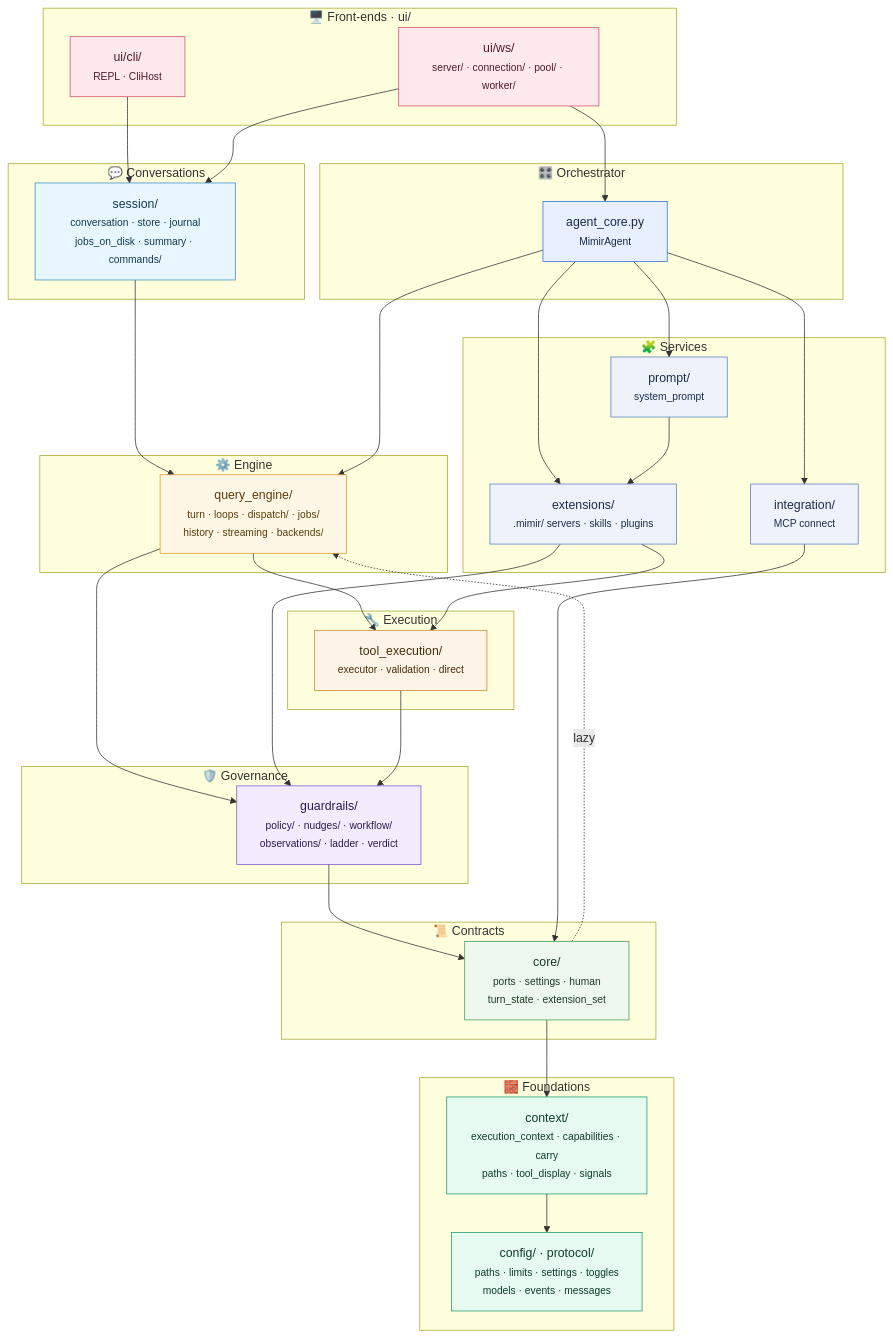
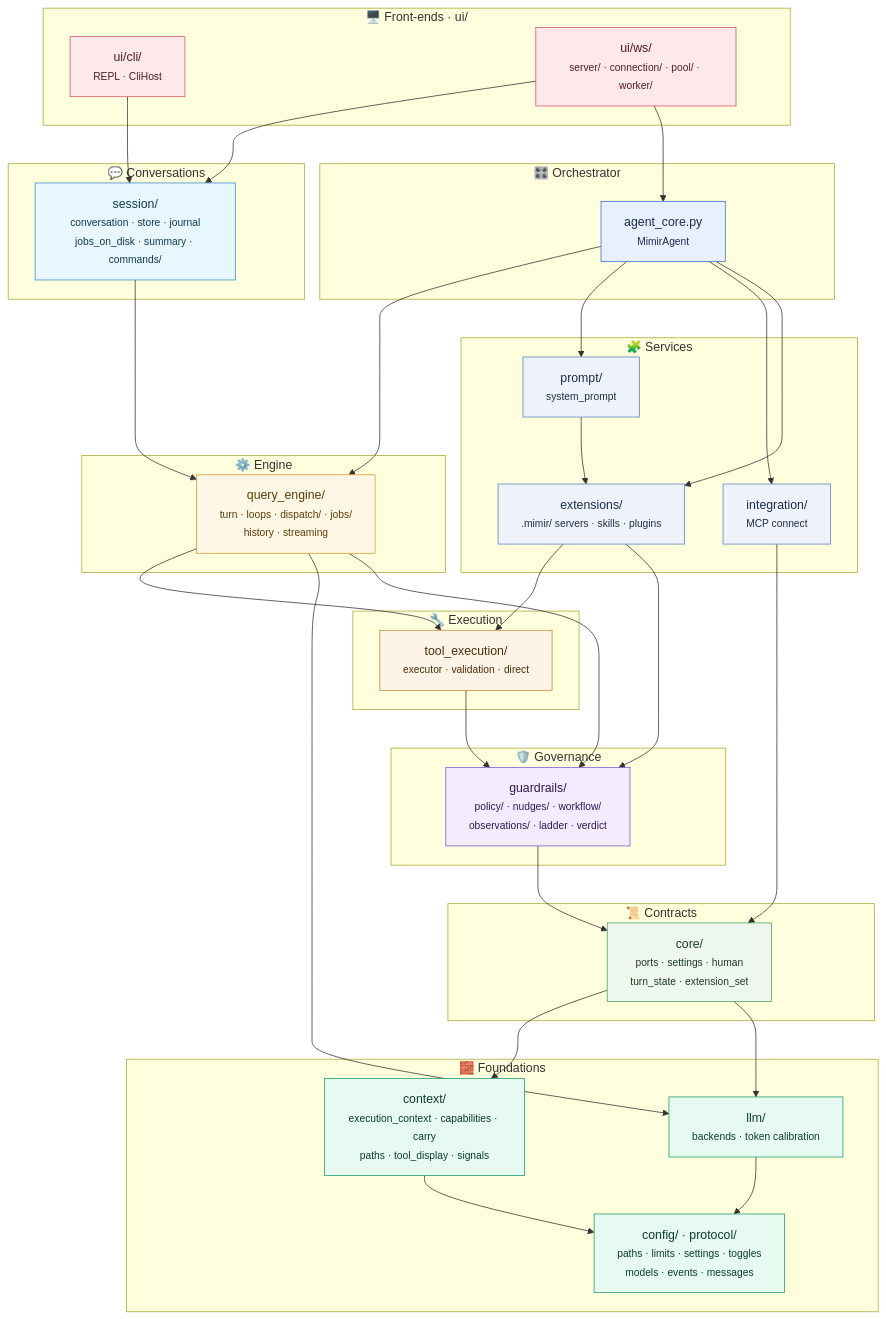
The diagram in ARCHITECTURE.md (MIMIR-LLM4CSE/MIMIR), drawn with Mermaid before and after one commit. The commit also changed other lines of this file and 45 other files, not shown here.

Commit message:
Y1: the LLM backends leave the query engine for llm/; core.settings no longer imports upwards

````diff
--- a/ARCHITECTURE.md
+++ b/ARCHITECTURE.md
@@ -16,74 +15,77 @@
 ```mermaid
 graph TD
     subgraph FE["🖥️ Front-ends · ui/"]
         cli["ui/cli/<br/><small>REPL · CliHost</small>"]
         ws["ui/ws/<br/><small>server/ · connection/ · pool/ · worker/</small>"]
     end
     subgraph SES["💬 Conversations"]
         session["session/<br/><small>conversation · store · journal<br/>jobs_on_disk · summary · commands/</small>"]
     end
     subgraph ORCH["🎛️ Orchestrator"]
         agent["agent_core.py<br/><small>MimirAgent</small>"]
     end
     subgraph ENG["⚙️ Engine"]
-        qe["query_engine/<br/><small>turn · loops · dispatch/ · jobs/<br/>history · streaming · backends/</small>"]
+        qe["query_engine/<br/><small>turn · loops · dispatch/ · jobs/<br/>history · streaming</small>"]
     end
     subgraph SVC["🧩 Services"]
         prompt["prompt/<br/><small>system_prompt</small>"]
         ext["extensions/<br/><small>.mimir/ servers · skills · plugins</small>"]
         integ["integration/<br/><small>MCP connect</small>"]
     end
     subgraph EXE["🔧 Execution"]
         te["tool_execution/<br/><small>executor · validation · direct</small>"]
     end
     subgraph GOV["🛡️ Governance"]
         guard["guardrails/<br/><small>policy/ · nudges/ · workflow/<br/>observations/ · ladder · verdict</small>"]
     end
     subgraph CON["📜 Contracts"]
         core["core/<br/><small>ports · settings · human<br/>turn_state · extension_set</small>"]
     end
     subgraph FND["🧱 Foundations"]
         ctx["context/<br/><small>execution_context · capabilities · carry<br/>paths · tool_display · signals</small>"]
+        llm["llm/<br/><small>backends · token calibration</small>"]
         cfg["config/ · protocol/<br/><small>paths · limits · settings · toggles<br/>models · events · messages</small>"]
     end
 
     cli --> session
     ws --> session
     ws --> agent
     session --> qe
     agent --> qe
     agent --> prompt
     agent --> integ
     agent --> ext
     prompt --> ext
     qe --> te
+    qe --> llm
     qe --> guard
     ext --> te
     ext --> guard
     te --> guard
     guard --> core
     integ --> core
     core --> ctx
+    core --> llm
     ctx --> cfg
-    core -.->|lazy| qe
+    llm --> cfg
 
     classDef fnd fill:#e6faf1,stroke:#1f9d6a,color:#0f3d29;
     classDef con fill:#eef7ee,stroke:#4a9d5b,color:#1e3a24;
     classDef gov fill:#f3ecff,stroke:#8257d1,color:#2e1a52;
     classDef exe fill:#fdf3e7,stroke:#c98a2b,color:#4a300a;
     classDef svc fill:#eef3fb,stroke:#5a7fbf,color:#1c2c48;
     classDef eng fill:#fff7e6,stroke:#d99a2b,color:#5a3d0a;
     classDef orch fill:#e8f0ff,stroke:#3b6fd4,color:#1a2a4a;
     classDef ses fill:#e8f6ff,stroke:#3a8fc4,color:#123a52;
     classDef fe fill:#fde9ec,stroke:#d1526b,color:#521a29;
 
     class cli,ws fe;
     class session ses;
     class agent orch;
     class qe eng;
     class prompt,ext,integ svc;
     class te exe;
     class guard gov;
     class core con;
-    class ctx,cfg fnd;
+    class ctx,llm,cfg fnd;
 ```
````
